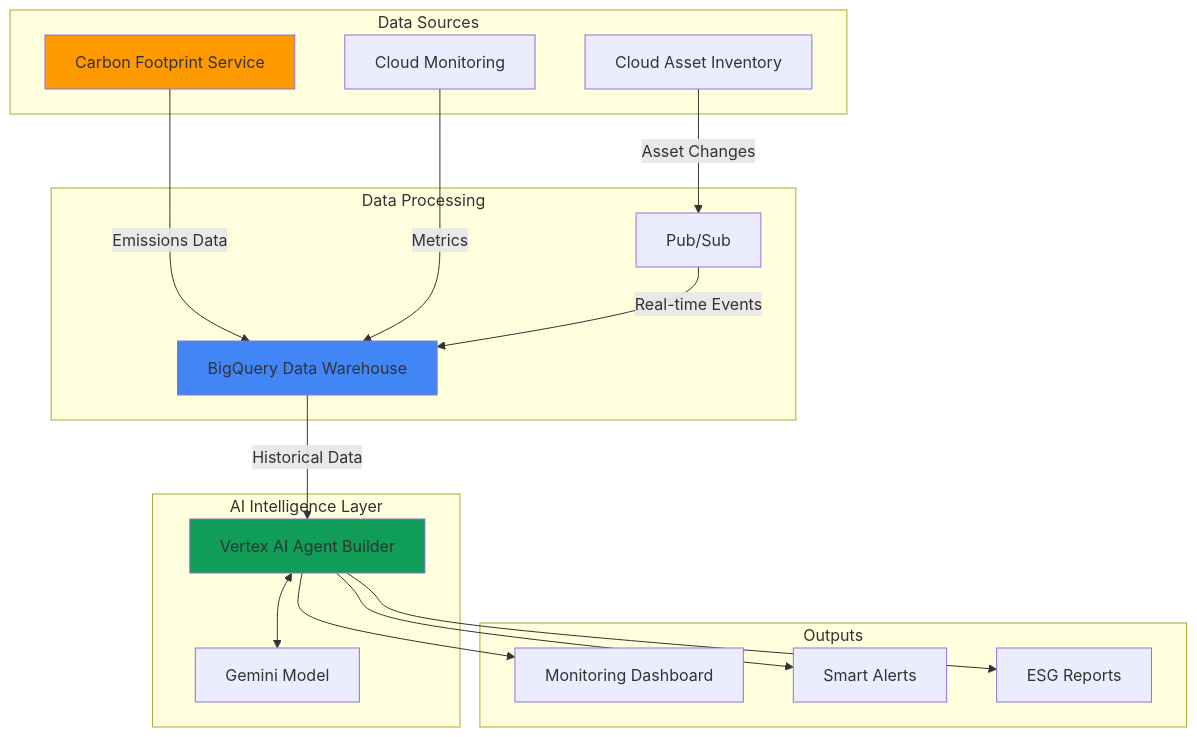
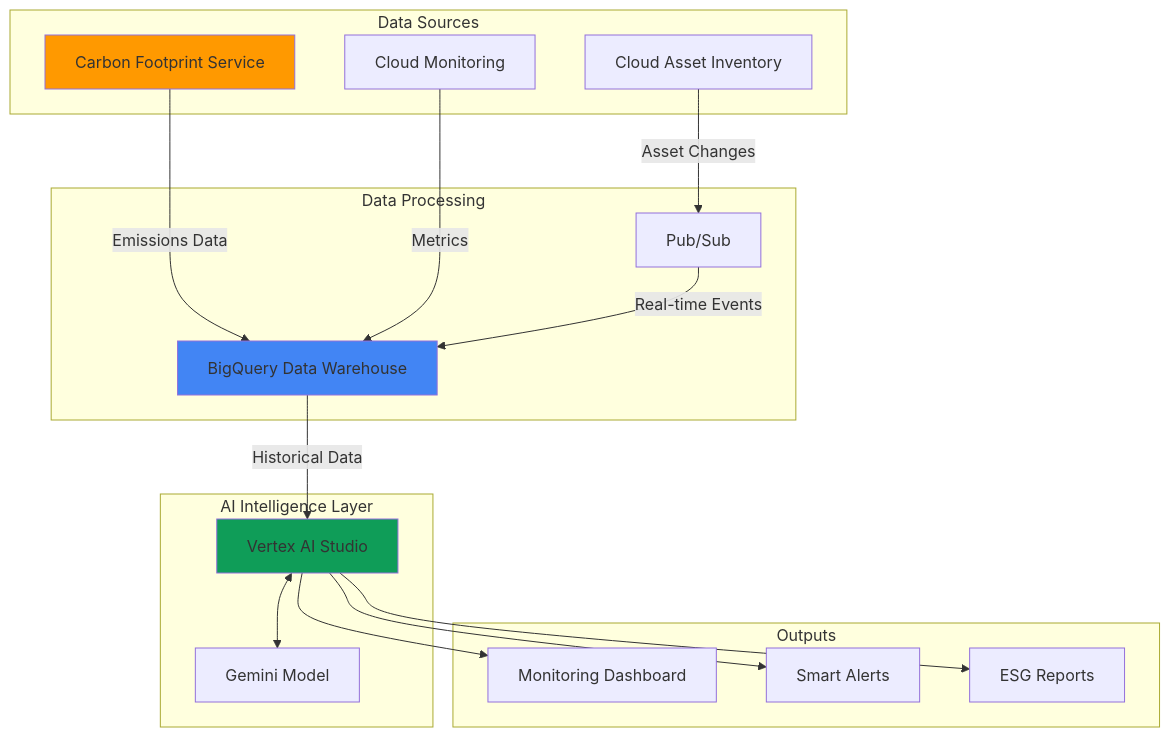
Before and after one commit to mzazon/awesome-cloud-projects: the diagram in gcp/carbon-footprint-monitoring-asset-inventory-vertex-ai-agents/carbon-footprint-monitoring-asset-inventory-vertex-ai-agents.md, drawn with Mermaid. The commit also changed other lines of this file and 5581 other files, not shown here.

````diff
--- a/gcp/carbon-footprint-monitoring-asset-inventory-vertex-ai-agents/carbon-footprint-monitoring-asset-inventory-vertex-ai-agents.md
+++ b/gcp/carbon-footprint-monitoring-asset-inventory-vertex-ai-agents/carbon-footprint-monitoring-asset-inventory-vertex-ai-agents.md
@@ -30,38 +30,38 @@
 ```mermaid
 graph TB
     subgraph "Data Sources"
         CAI[Cloud Asset Inventory]
         CF[Carbon Footprint Service]
         CM[Cloud Monitoring]
     end
     
     subgraph "Data Processing"
         BQ[BigQuery Data Warehouse]
         PUB[Pub/Sub]
     end
     
     subgraph "AI Intelligence Layer"
-        VAI[Vertex AI Agent Builder]
+        VAI[Vertex AI Studio]
         MODEL[Gemini Model]
     end
     
     subgraph "Outputs"
         DASH[Monitoring Dashboard]
         ALERTS[Smart Alerts]
         REPORTS[ESG Reports]
     end
     
     CAI-->|Asset Changes|PUB
     CF-->|Emissions Data|BQ
     CM-->|Metrics|BQ
     PUB-->|Real-time Events|BQ
     BQ-->|Historical Data|VAI
     VAI<-->MODEL
     VAI-->DASH
     VAI-->ALERTS
     VAI-->REPORTS
     
     style BQ fill:#4285F4
     style VAI fill:#0F9D58
     style CF fill:#FF9900
 ```
````
